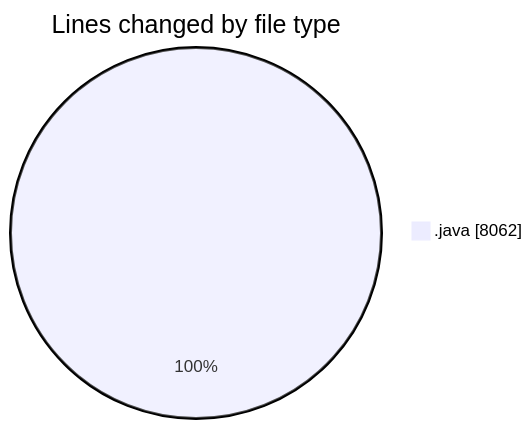
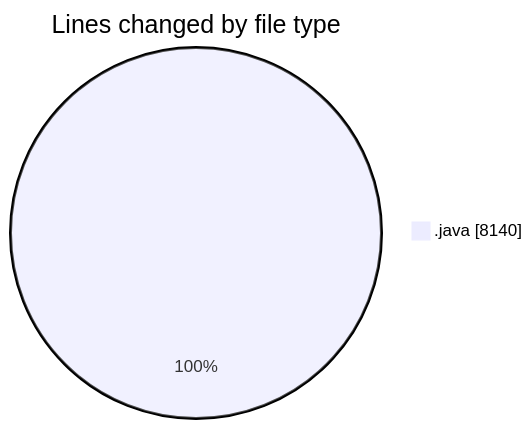
One commit to ricardozamudiocil/code-tracking changed the first of 2 diagrams in 2026-03-12/cilapp/README.md. Above: the diagram before and after it, drawn with Mermaid. The commit also changed other lines of this file and 1 other file, not shown here.

````diff
--- a/2026-03-12/cilapp/README.md
+++ b/2026-03-12/cilapp/README.md
@@ -24,5 +25,5 @@
 ```mermaid
 pie showData
 title Lines changed by file type
-".java" : 8062
+".java" : 8140
 ```
````
